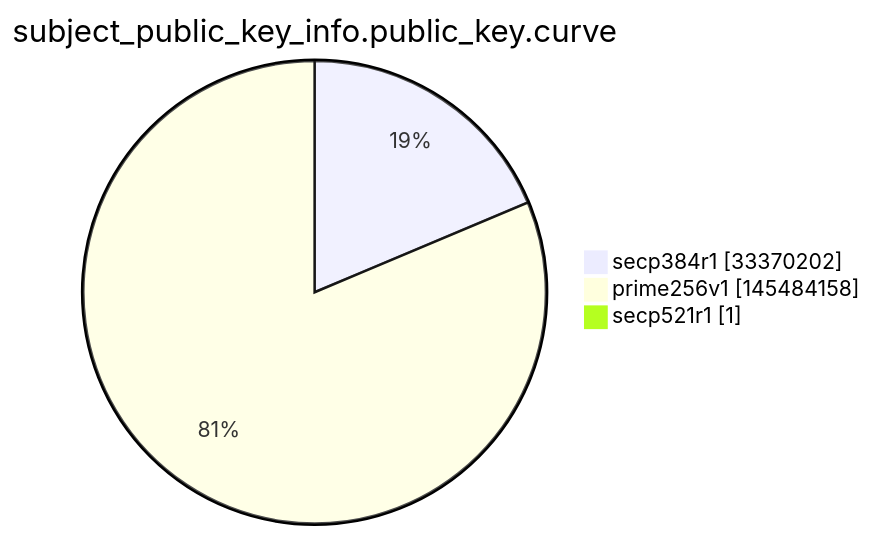
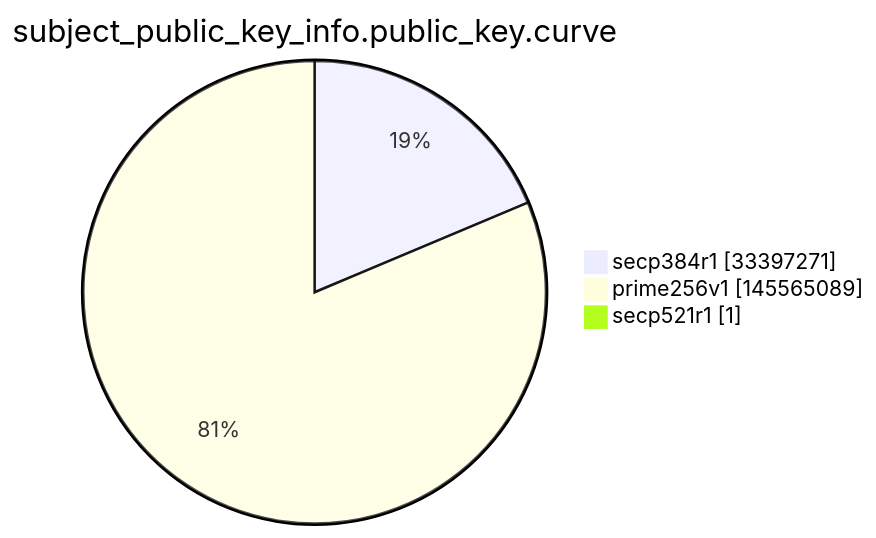
The ninth of 15 diagrams in argon2022/README.md (christiankrug/ctmonitor_visualization), drawn with Mermaid before and after one commit. The commit also changed other lines of this file, not shown here.

````diff
--- a/argon2022/README.md
+++ b/argon2022/README.md
@@ -2764,7 +2764,7 @@
 ```mermaid
 pie showData
 title subject_public_key_info.public_key.curve
-"secp384r1" :33370202
-"prime256v1" :145484158
+"secp384r1" :33397271
+"prime256v1" :145565089
 "secp521r1" :1
 ```
````
